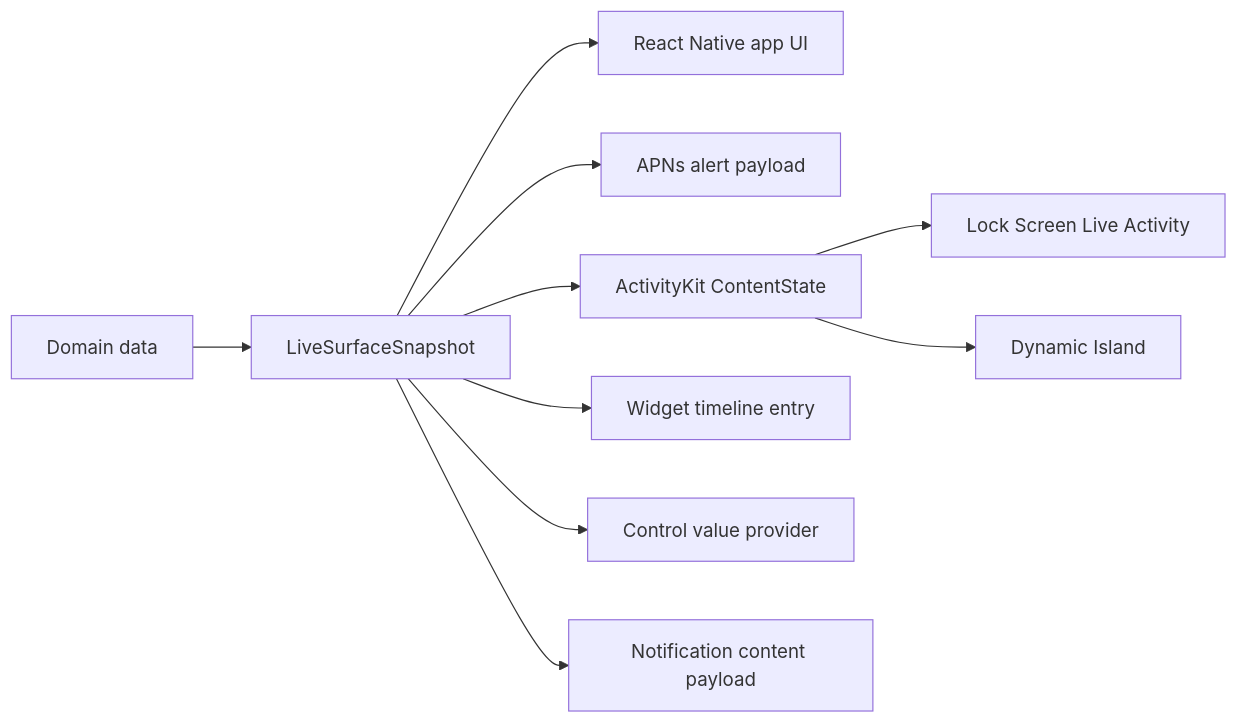
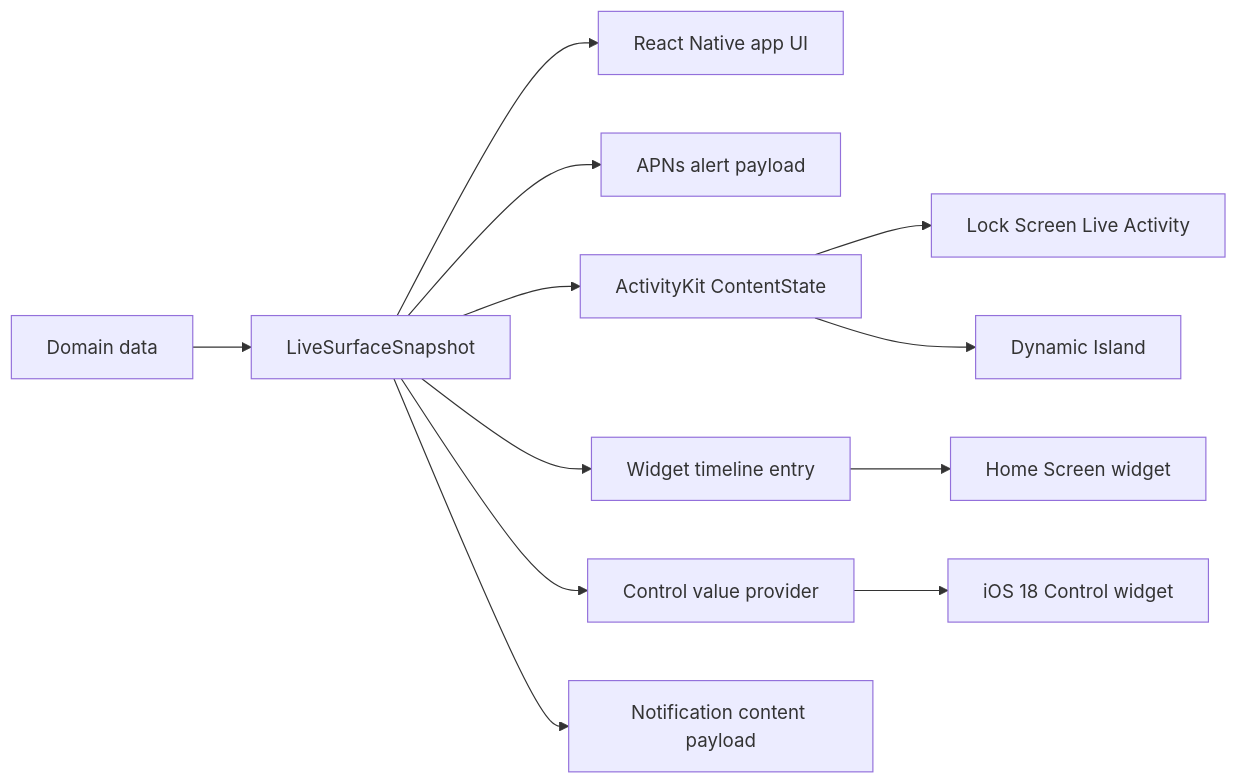
Before and after one commit to glendonC/mobile-surfaces: the diagram in docs/architecture.md, drawn with Mermaid. The commit also changed other lines of this file and 29 other files, not shown here.

Commit message:
Implement home widget and control widget surfaces

````diff
--- a/docs/architecture.md
+++ b/docs/architecture.md
@@ -5,12 +5,14 @@
 ```mermaid
 flowchart LR
   Domain["Domain data"] --> Snapshot["LiveSurfaceSnapshot"]
   Snapshot --> App["React Native app UI"]
   Snapshot --> Alert["APNs alert payload"]
   Snapshot --> ActivityState["ActivityKit ContentState"]
   Snapshot --> WidgetEntry["Widget timeline entry"]
   Snapshot --> ControlValue["Control value provider"]
   Snapshot --> NotificationPayload["Notification content payload"]
   ActivityState --> LockScreen["Lock Screen Live Activity"]
   ActivityState --> Island["Dynamic Island"]
+  WidgetEntry --> HomeWidget["Home Screen widget"]
+  ControlValue --> ControlWidget["iOS 18 Control widget"]
 ```
````
